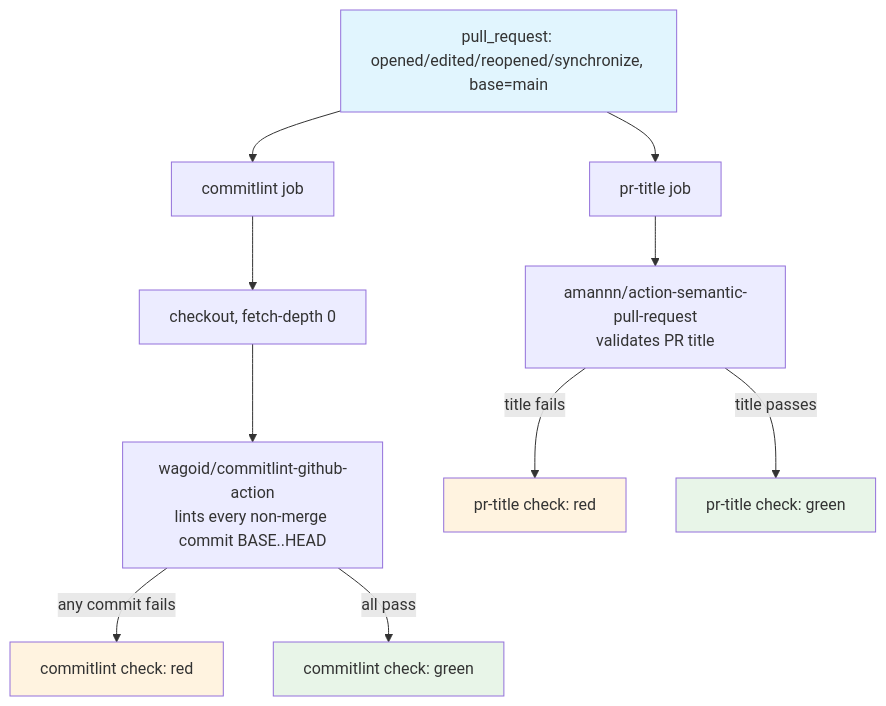
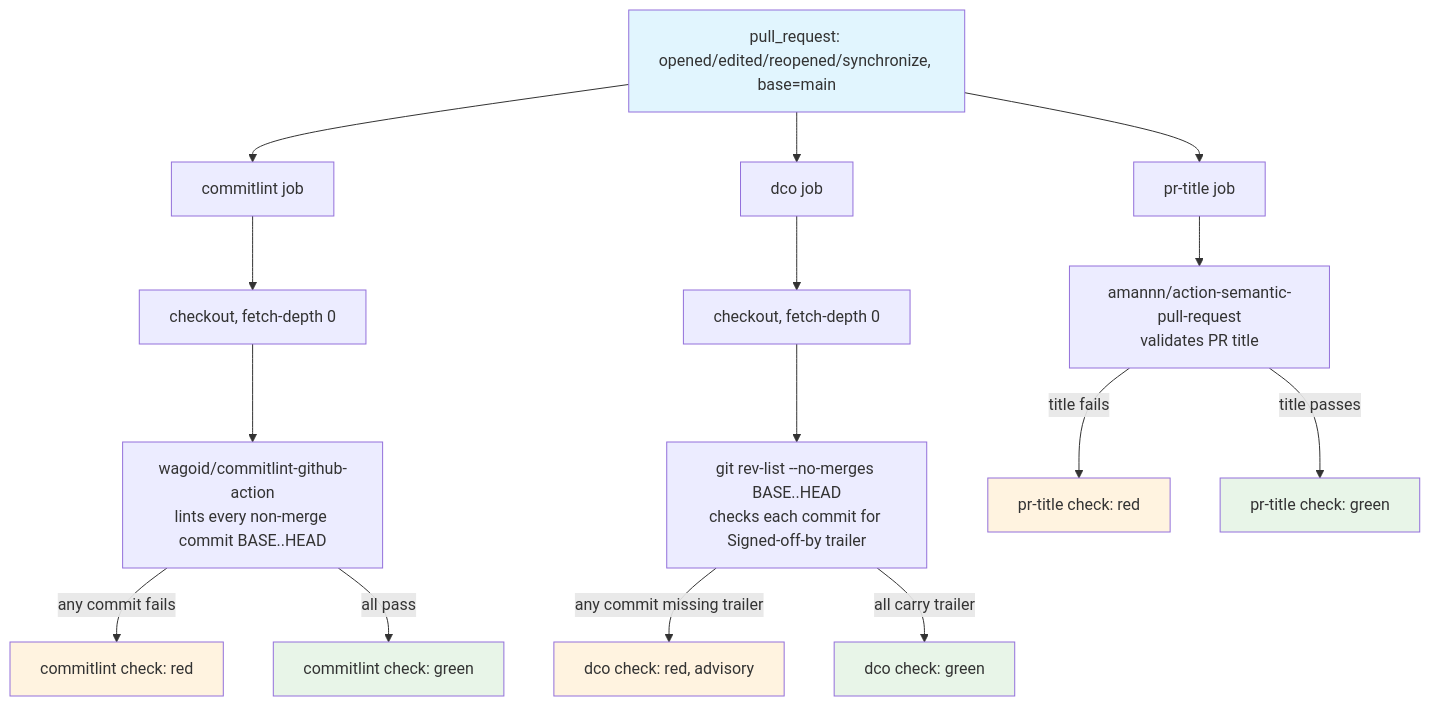
One commit to davidouagne/datahub-yaml-source changed the diagram in spec/spec-process-cicd-commit-policy.md. Above: the diagram before and after it, drawn with Mermaid. The commit also changed other lines of this file and 13 other files, not shown here.

First line of the commit message:
ci: align required checks with sibling repo (lint/typecheck + dco)

````diff
--- a/spec/spec-process-cicd-commit-policy.md
+++ b/spec/spec-process-cicd-commit-policy.md
@@ -27,18 +42,25 @@
 ```mermaid
 graph TD
     A[pull_request: opened/edited/reopened/synchronize, base=main] --> B[commitlint job]
     A --> C[pr-title job]
+    A --> K[dco job]
     B --> D[checkout, fetch-depth 0]
     D --> E[wagoid/commitlint-github-action<br/>lints every non-merge commit BASE..HEAD]
     C --> F[amannn/action-semantic-pull-request<br/>validates PR title]
+    K --> L[checkout, fetch-depth 0]
+    L --> M[git rev-list --no-merges BASE..HEAD<br/>checks each commit for Signed-off-by trailer]
     E -->|any commit fails| G[commitlint check: red]
     E -->|all pass| H[commitlint check: green]
     F -->|title fails| I[pr-title check: red]
     F -->|title passes| J[pr-title check: green]
+    M -->|any commit missing trailer| N[dco check: red, advisory]
+    M -->|all carry trailer| O[dco check: green]
 
     style A fill:#e1f5fe
     style H fill:#e8f5e8
     style J fill:#e8f5e8
+    style O fill:#e8f5e8
     style G fill:#fff3e0
     style I fill:#fff3e0
+    style N fill:#fff3e0
 ```
````
